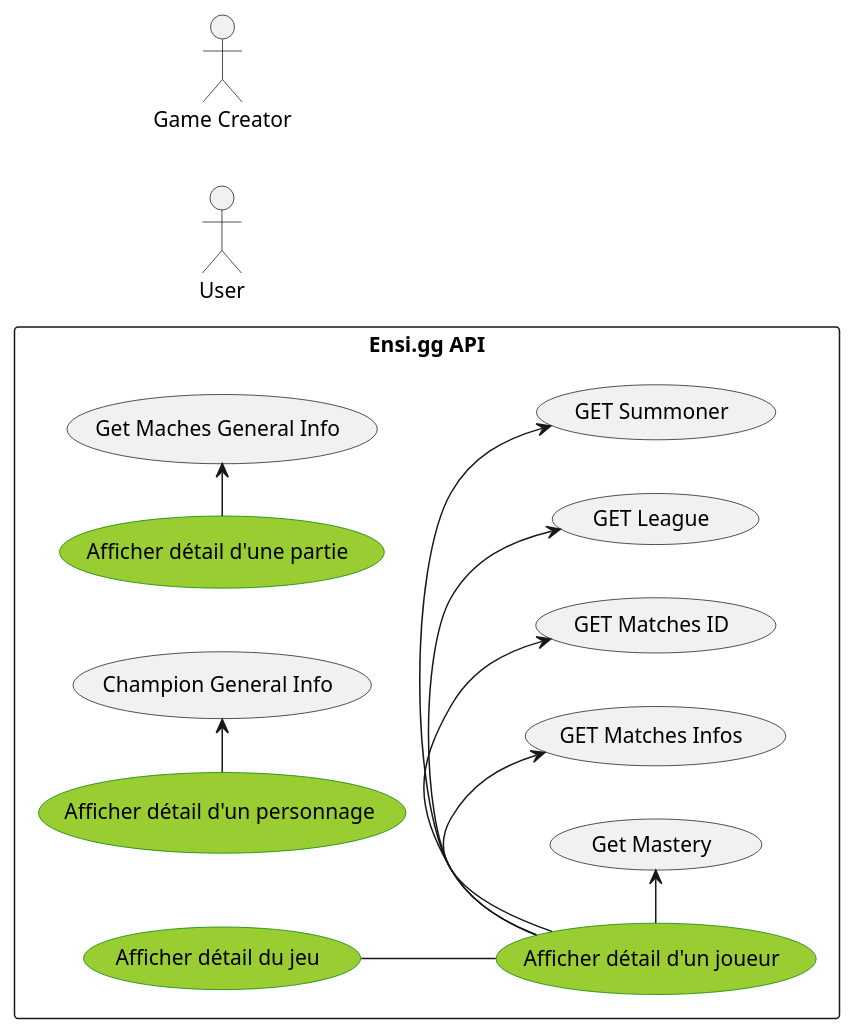
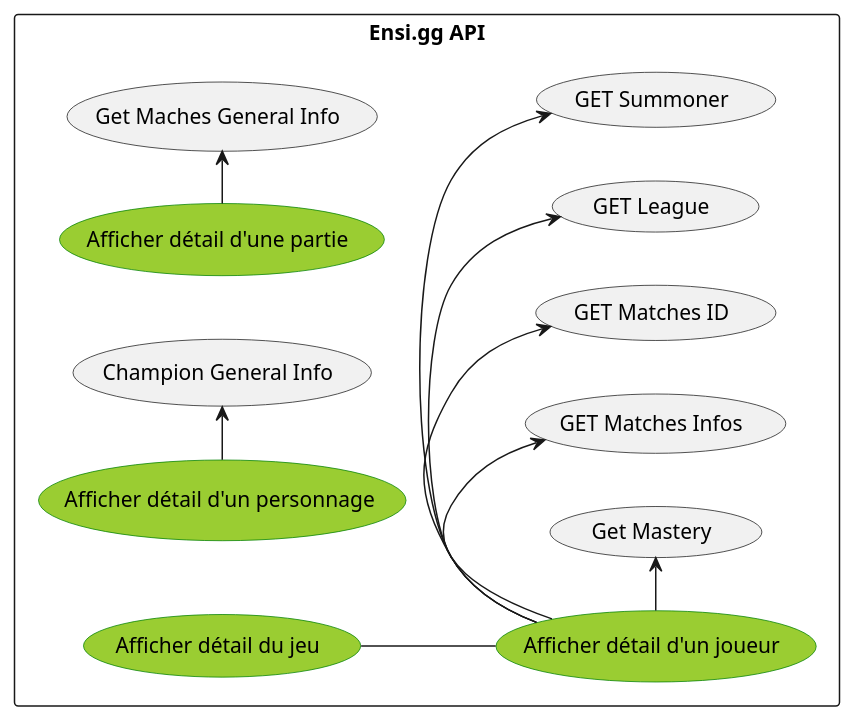
One commit to LoicGestin/EnsiGG-League-of-Legends-Comprehensive-Platform changed the second of 2 diagrams in README.md. Above: the diagram before and after it, drawn with PlantUML.

Commit message:
Update README.md API

````diff
--- a/README.md
+++ b/README.md
@@ -88,29 +90,27 @@
 ```plantuml
 left to right direction
-actor "User" as us
-actor "Game Creator" as gc
 rectangle "Ensi.gg API" {
   usecase "Afficher détail du jeu" as UC3 #Yellowgreen;line:green;text:black
   usecase "Afficher détail d'un personnage" as UC4 #Yellowgreen;line:green;text:black
   usecase "Afficher détail d'une partie" as UC5 #Yellowgreen;line:green;text:black
   usecase "Afficher détail d'un joueur" as UC6 #Yellowgreen;line:green;text:black
 
   usecase "GET Summoner" as UC7
   usecase "GET League" as UC8
   usecase "GET Matches ID" as UC9
   usecase "GET Matches Infos" as UC10
   usecase "Get Mastery" as UC11
   usecase "Get Maches General Info" as UC12
   usecase "Champion General Info" as UC13
  
 
 }
 UC6 -> UC7
 UC6 -> UC8
 UC6 -> UC9
 UC6 -> UC10
 UC6 -> UC11
 UC5 -> UC12
 UC4 -> UC13
 UC3 -- UC6
 ```
````
